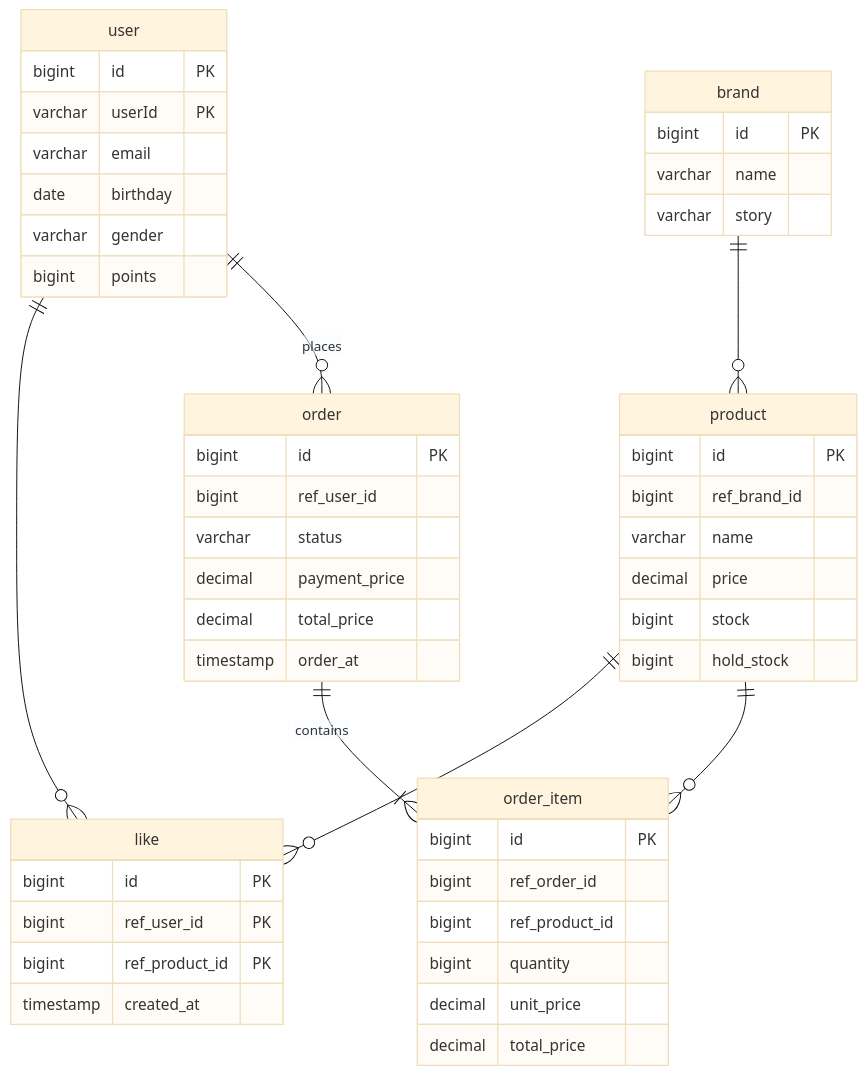
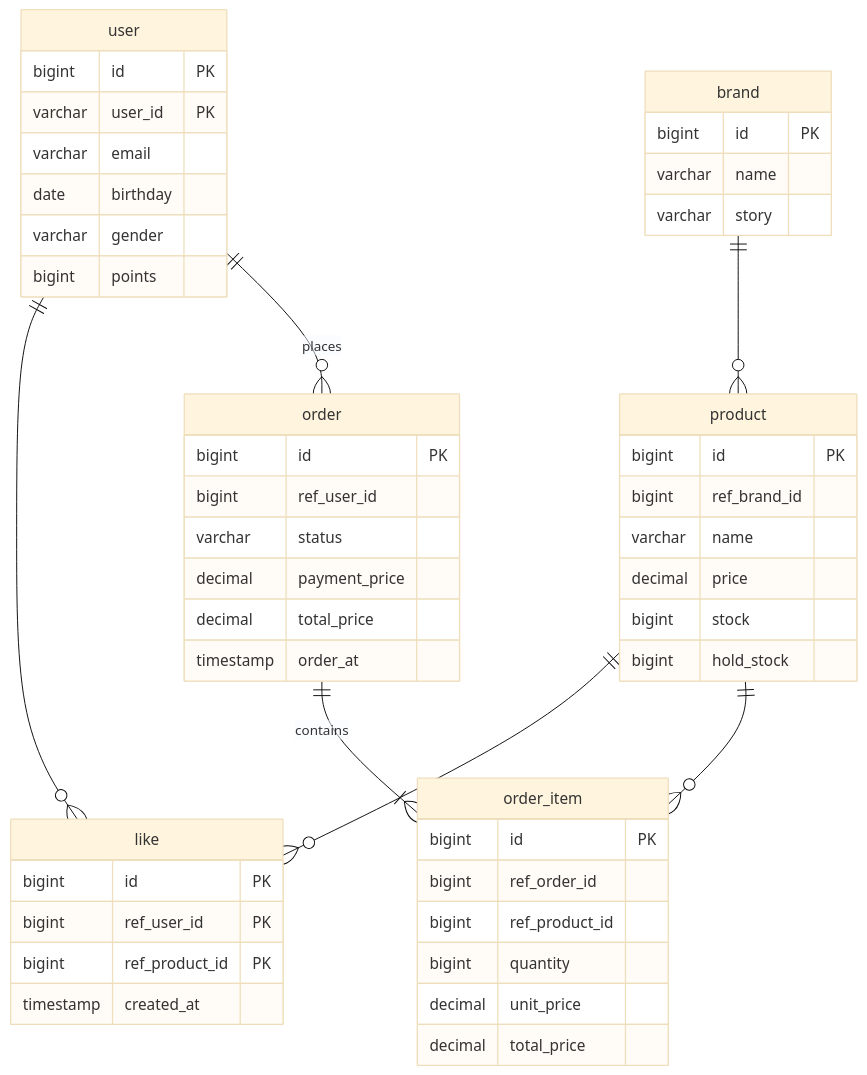
Before and after one commit to Loopers-dev-lab/loopers-spring-java-template: the diagram in docs/week2/04-erd.md, drawn with Mermaid (base theme). The commit also changed 1 other file, not shown here.

Commit message:
test: product 객체 참조 수정

````diff
--- a/docs/week2/04-erd.md
+++ b/docs/week2/04-erd.md
@@ -3,52 +3,52 @@
 ```mermaid
 erDiagram  
 user {  
 bigint id PK  
-varchar userId PK    
+varchar user_id PK    
 varchar email  
 date birthday  
 varchar gender  
 bigint points  
 }  
 product {  
 bigint id PK  
 bigint ref_brand_id  
 varchar name  
 decimal price  
 bigint stock  
 bigint hold_stock  
 }  
 brand {  
 bigint id PK  
 varchar name  
 varchar story  
 }  
 like {  
 bigint id PK  
 bigint ref_user_id PK   
 bigint ref_product_id PK  
 timestamp created_at  
 }  
 order {    
 bigint id PK  
 bigint ref_user_id  
 varchar status  
 decimal payment_price  
 decimal total_price  
 timestamp order_at   
 }  
 order_item {    
 bigint id PK    
 bigint ref_order_id  
 bigint ref_product_id  
 bigint quantity  
 decimal unit_price  
 decimal total_price  
 }  
 product ||--o{ like : ""  
 user ||--o{ like : ""  
 brand ||--o{ product : ""  
 user ||--o{ order : "places"  
 order ||--|{ order_item : contains  
 product ||--o{ order_item :""
 ```
````
